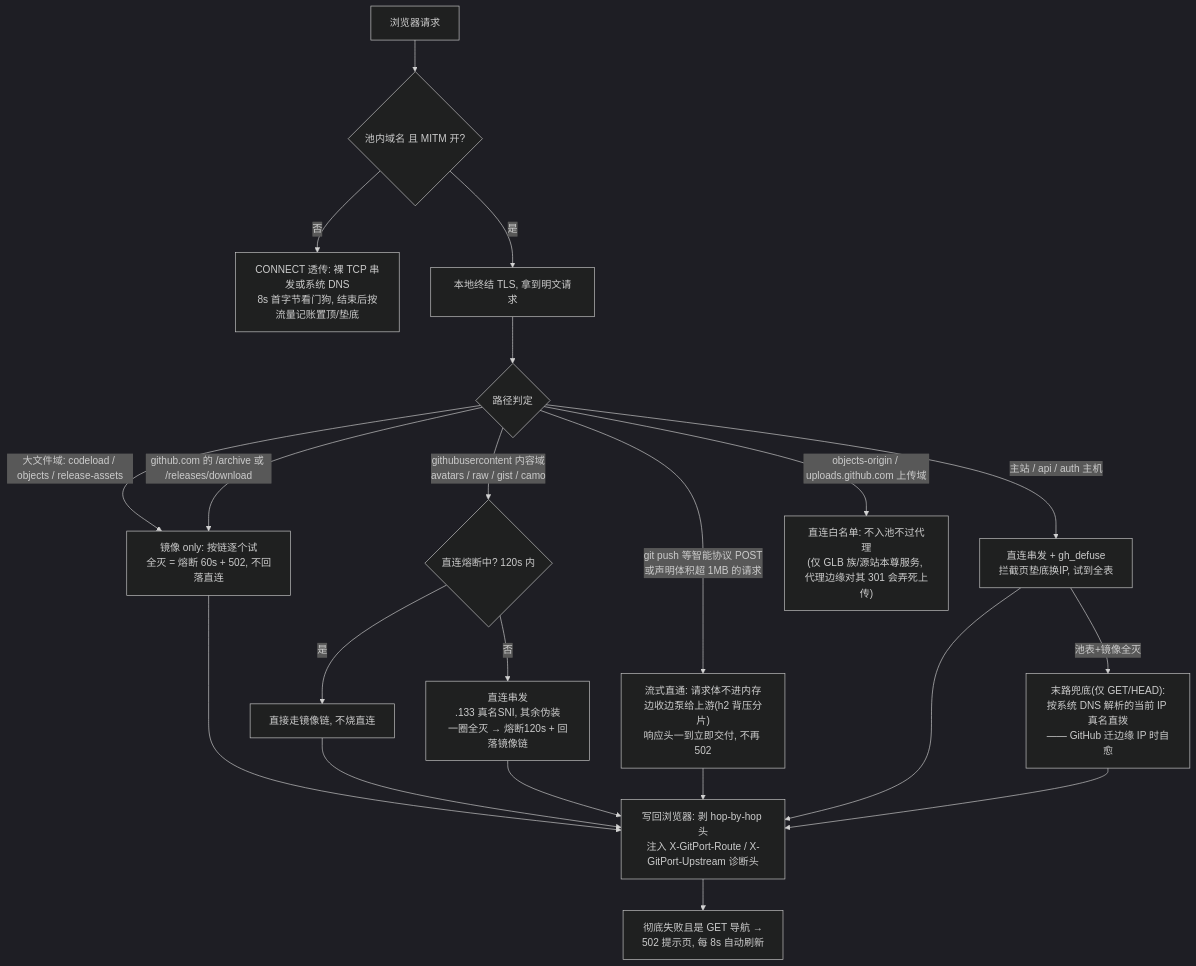
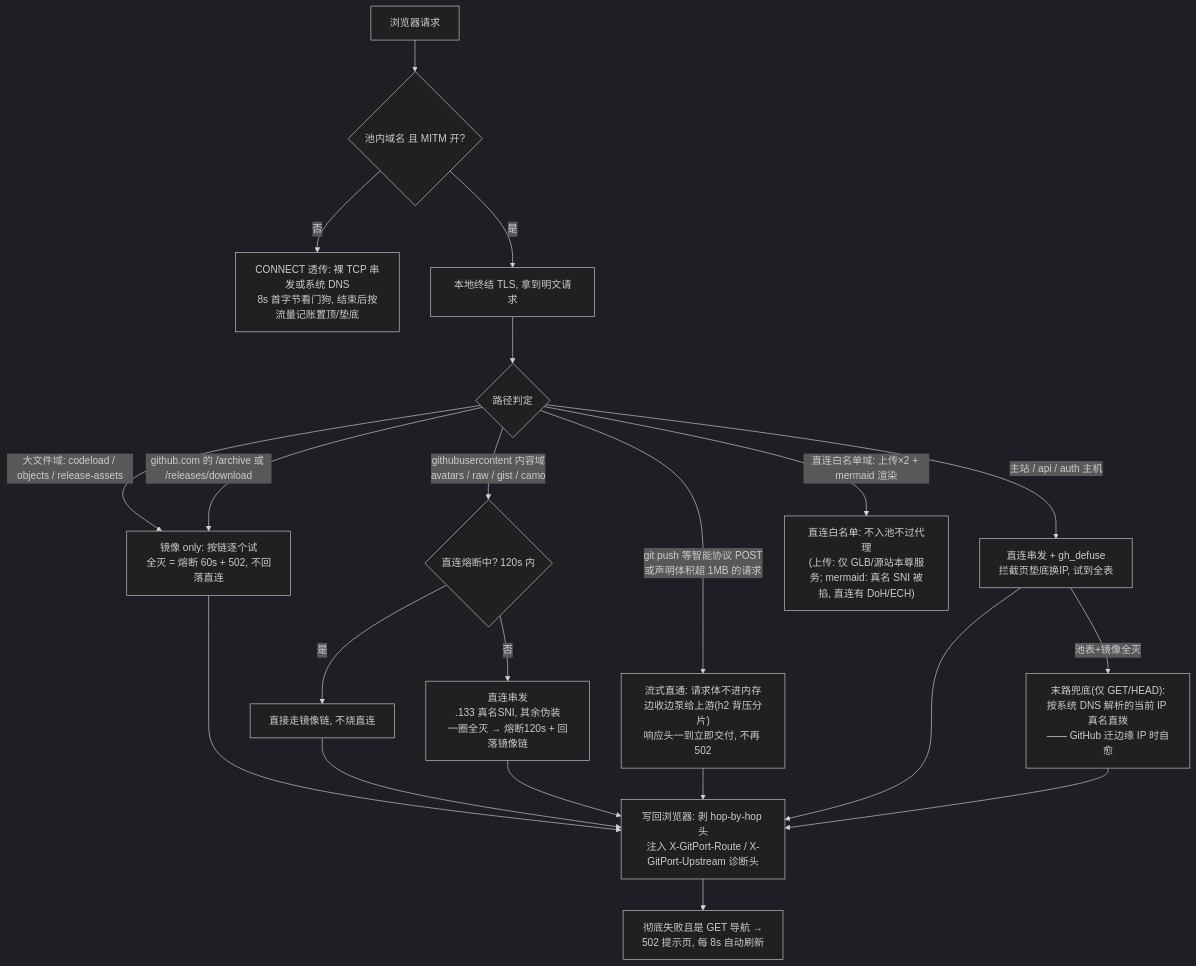
Before and after one commit to zhidian-cmd/gitport-github: the second of 4 diagrams in README.md, drawn with Mermaid (dark theme). The commit also changed other lines of this file and 8 other files, not shown here.

First line of the commit message:
perf: 跨导航保活 + HTML gzip 回传 + 镜像链限长 —— 大仓库进页面与图片加载提速

````diff
--- a/README.md
+++ b/README.md
@@ -123,23 +123,23 @@
 ```mermaid
 flowchart TD
     A["浏览器请求"] --> B{"池内域名 且 MITM 开?"}
     B -->|"否"| Z1["CONNECT 透传: 裸 TCP 串发或系统 DNS<br/>8s 首字节看门狗, 结束后按流量记账置顶/垫底"]
     B -->|"是"| C["本地终结 TLS, 拿到明文请求"]
     C --> D{"路径判定"}
     D -->|"git push 等智能协议 POST<br/>或声明体积超 1MB 的请求"| S["流式直通: 请求体不进内存<br/>边收边泵给上游(h2 背压分片)<br/>响应头一到立即交付, 不再 502"]
     D -->|"大文件域: codeload / objects / release-assets"| E["镜像 only: 按链逐个试<br/>全灭 = 熔断 60s + 502, 不回落直连"]
     D -->|"github.com 的 /archive 或 /releases/download"| E
     D -->|"githubusercontent 内容域<br/>avatars / raw / gist / camo"| F{"直连熔断中? 120s 内"}
     F -->|"是"| E2["直接走镜像链, 不烧直连"]
     F -->|"否"| G["直连串发<br/>.133 真名SNI, 其余伪装<br/>一圈全灭 → 熔断120s + 回落镜像链"]
     D -->|"主站 / api / auth 主机"| H["直连串发 + gh_defuse<br/>拦截页垫底换IP, 试到全表"]
-    D -->|"objects-origin / uploads.github.com 上传域"| Z2["直连白名单: 不入池不过代理<br/>(仅 GLB 族/源站本尊服务, 代理边缘对其 301 会弄死上传)"]
+    D -->|"直连白名单域: 上传×2 + mermaid 渲染"| Z2["直连白名单: 不入池不过代理<br/>(上传: 仅 GLB/源站本尊服务; mermaid: 真名 SNI 被掐, 直连有 DoH/ECH)"]
     E --> R["写回浏览器: 剥 hop-by-hop 头<br/>注入 X-GitPort-Route / X-GitPort-Upstream 诊断头"]
     E2 --> R
     G --> R
     S --> R
     H -->|"池表+镜像全灭"| Z3["末路兜底(仅 GET/HEAD):<br/>按系统 DNS 解析的当前 IP 真名直拨<br/>—— GitHub 迁边缘 IP 时自愈"]
     H --> R
     Z3 --> R
     R --> X["彻底失败且是 GET 导航 →<br/>502 提示页, 每 8s 自动刷新"]
 ```
````
